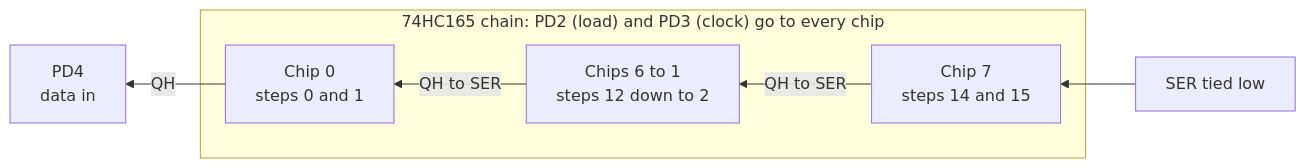
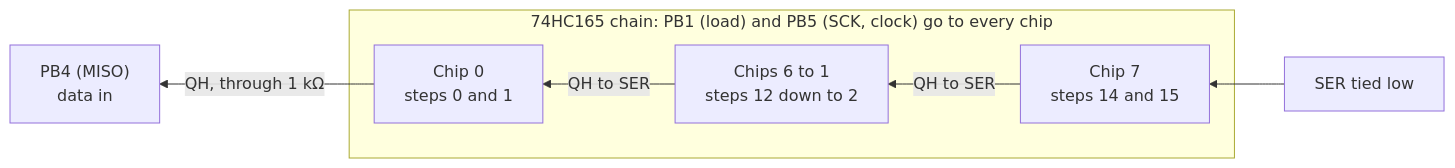
One commit to BonelessPig/nano_sequencer changed diagram 11 of 19 in docs/ARCHITECTURE.md. Above: the diagram before and after it, drawn with Mermaid. The commit also changed other lines of this file and 26 other files, not shown here.

````diff
--- a/docs/ARCHITECTURE.md
+++ b/docs/ARCHITECTURE.md
@@ -427,12 +445,12 @@
 ```mermaid
 flowchart RL
     gnd["SER tied low"] --> c7
-    subgraph chain["74HC165 chain: PD2 (load) and PD3 (clock) go to every chip"]
+    subgraph chain["74HC165 chain: PB1 (load) and PB5 (SCK, clock) go to every chip"]
         c7["Chip 7<br/>steps 14 and 15"]
         mid["Chips 6 to 1<br/>steps 12 down to 2"]
         c0["Chip 0<br/>steps 0 and 1"]
     end
     c7 -->|"QH to SER"| mid
     mid -->|"QH to SER"| c0
-    c0 -->|"QH"| pd4["PD4<br/>data in"]
+    c0 -->|"QH, through 1 kΩ"| pd4["PB4 (MISO)<br/>data in"]
 ```
````
